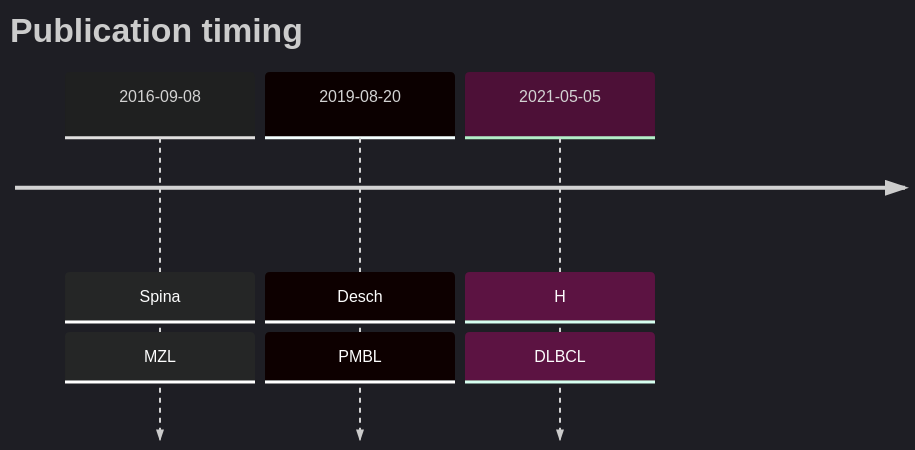
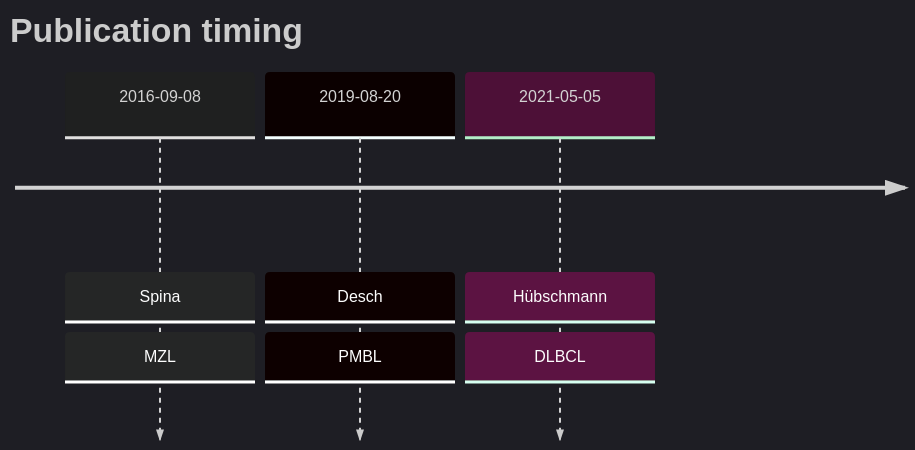
One commit to morinlab/lymphopedia changed the diagram in ACTG1.md. Above: the diagram before and after it, drawn with Mermaid. The commit also changed 24 other files, not shown here.

````diff
--- a/ACTG1.md
+++ b/ACTG1.md
@@ -8,8 +8,8 @@
 ```mermaid
 %%{init: { 'logLevel': 'debug', 'theme': 'dark' } }%%
 timeline
     title Publication timing
       2016-09-08 : Spina : MZL
       2019-08-20 : Desch : PMBL
-      2021-05-05 : H : DLBCL
+      2021-05-05 : Hübschmann : DLBCL
 ```
````
